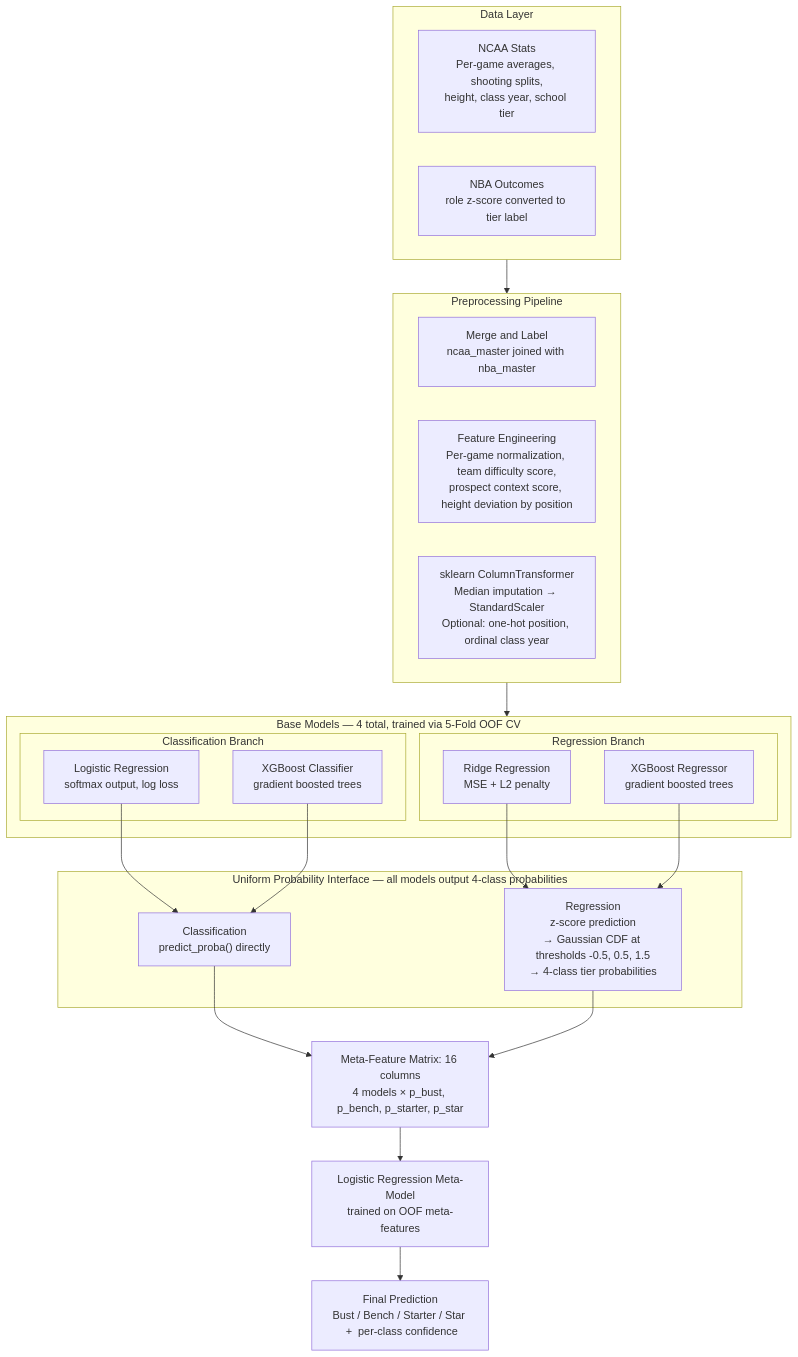
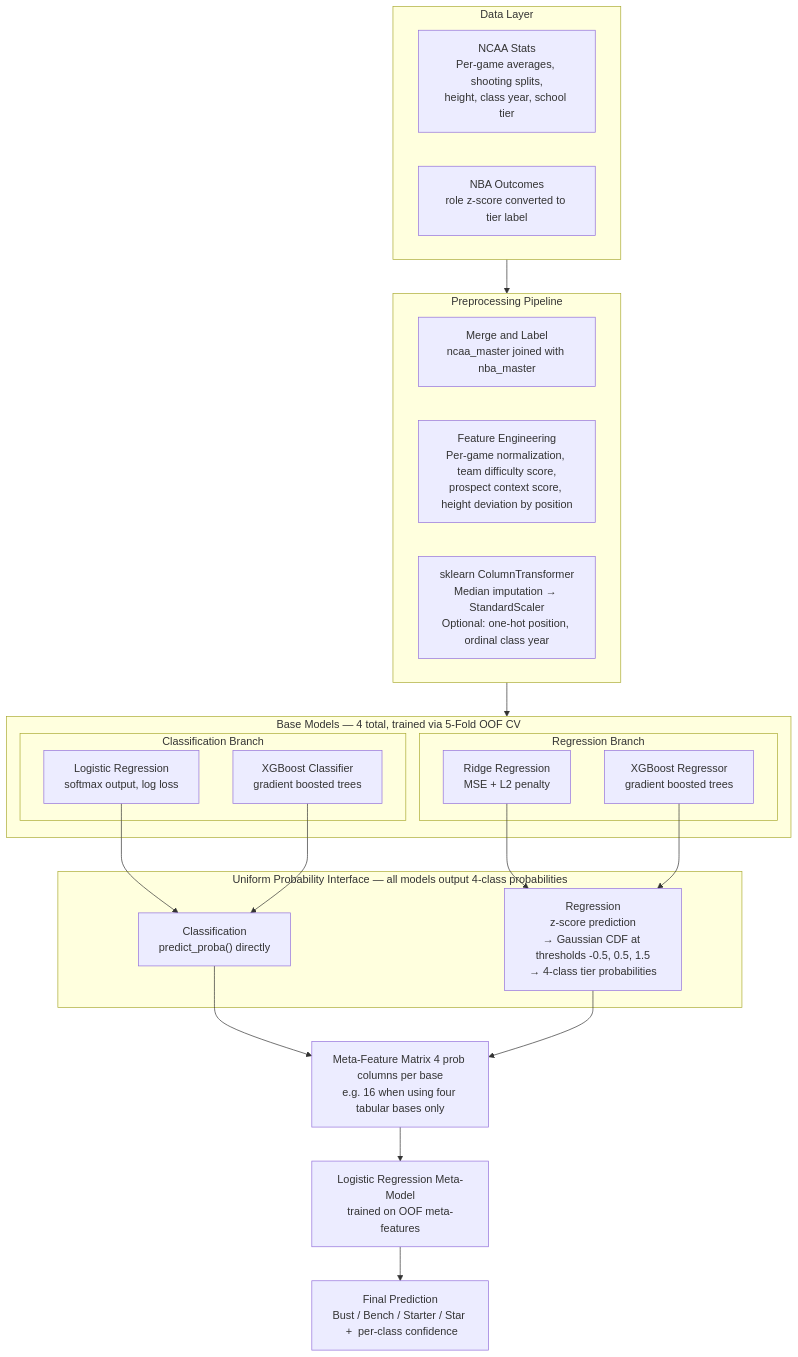
One commit to kincaidqf/sport-prospect-grading changed the first of 6 diagrams in README.md. Above: the diagram before and after it, drawn with Mermaid. The commit also changed other lines of this file, not shown here.

````diff
--- a/README.md
+++ b/README.md
@@ -32,44 +34,44 @@
 ```mermaid
 flowchart TD
     subgraph DATA["Data Layer"]
         NCAA["NCAA Stats\nPer-game averages, shooting splits,\nheight, class year, school tier"]
         NBA["NBA Outcomes\nrole z-score converted to tier label"]
     end
 
     subgraph PREP["Preprocessing Pipeline"]
         MERGE["Merge and Label\nncaa_master joined with nba_master"]
         FE["Feature Engineering\nPer-game normalization, team difficulty score,\nprospect context score, height deviation by position"]
         PIPE["sklearn ColumnTransformer\nMedian imputation → StandardScaler\nOptional: one-hot position, ordinal class year"]
     end
 
     subgraph BASE["Base Models — 4 total, trained via 5-Fold OOF CV"]
         subgraph CLF["Classification Branch"]
             LR["Logistic Regression\nsoftmax output, log loss"]
             XGB_C["XGBoost Classifier\ngradient boosted trees"]
         end
         subgraph REG["Regression Branch"]
             RIDGE["Ridge Regression\nMSE + L2 penalty"]
             XGB_R["XGBoost Regressor\ngradient boosted trees"]
         end
     end
 
     subgraph PROBA["Uniform Probability Interface — all models output 4-class probabilities"]
         CLF_P["Classification\npredict_proba() directly"]
         REG_P["Regression\nz-score prediction\n→ Gaussian CDF at thresholds -0.5, 0.5, 1.5\n→ 4-class tier probabilities"]
     end
 
-    META["Meta-Feature Matrix: 16 columns\n4 models × p_bust, p_bench, p_starter, p_star"]
+    META["Meta-Feature Matrix 4 prob columns per base\ne.g. 16 when using four tabular bases only"]
     STACKER["Logistic Regression Meta-Model\ntrained on OOF meta-features"]
     OUT["Final Prediction\nBust / Bench / Starter / Star  +  per-class confidence"]
 
     DATA --> PREP
     PREP --> BASE
     LR --> CLF_P
     XGB_C --> CLF_P
     RIDGE --> REG_P
     XGB_R --> REG_P
     CLF_P --> META
     REG_P --> META
     META --> STACKER
     STACKER --> OUT
 ```
````
